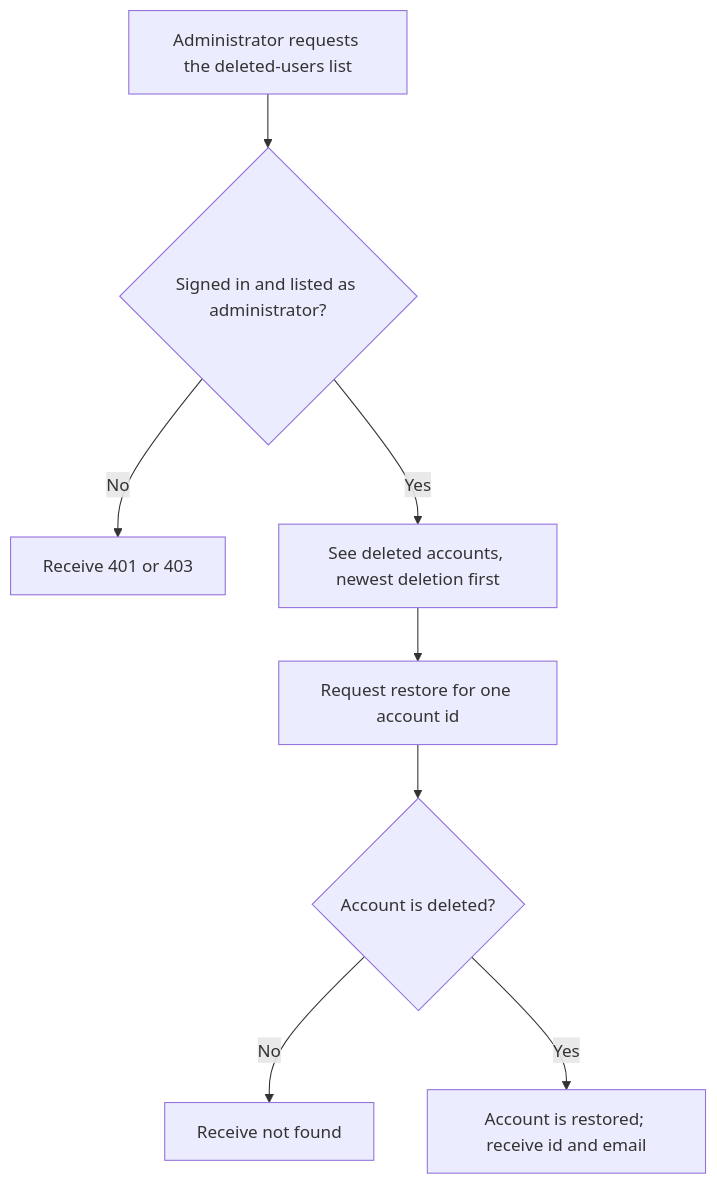
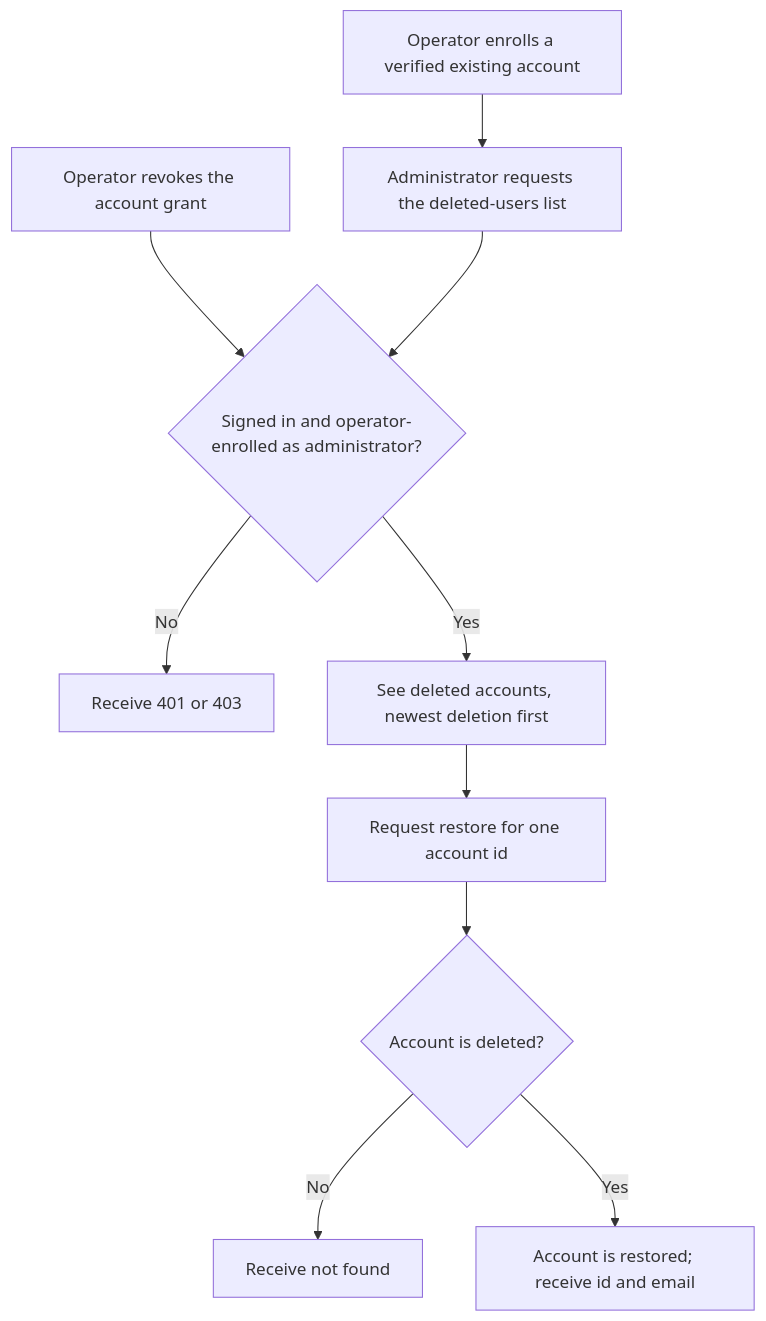
The first of 2 diagrams in user-stories/example-apps/us-demo-02-api-admin-restore.md (Kevinjohn/oss-adonisjs-lucid-soft-delete), drawn with Mermaid before and after one commit. The commit also changed other lines of this file and 10 other files, not shown here.

````diff
--- a/user-stories/example-apps/us-demo-02-api-admin-restore.md
+++ b/user-stories/example-apps/us-demo-02-api-admin-restore.md
@@ -21,10 +21,12 @@
 ```mermaid
 flowchart TD
-    A["Administrator requests the deleted-users list"] --> B{"Signed in and listed as administrator?"}
+    O["Operator enrolls a verified existing account"] --> A
+    R["Operator revokes the account grant"] --> B
+    A["Administrator requests the deleted-users list"] --> B{"Signed in and operator-enrolled as administrator?"}
     B -->|No| C["Receive 401 or 403"]
     B -->|Yes| D["See deleted accounts, newest deletion first"]
     D --> E["Request restore for one account id"]
     E --> F{"Account is deleted?"}
     F -->|No| G["Receive not found"]
     F -->|Yes| H["Account is restored; receive id and email"]
 ```
````
